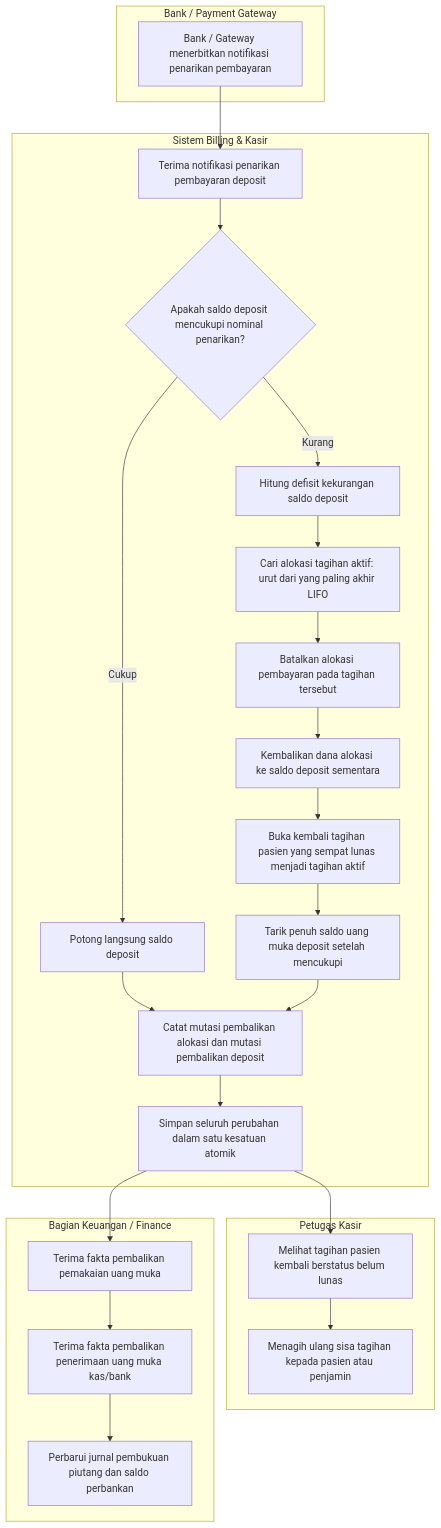
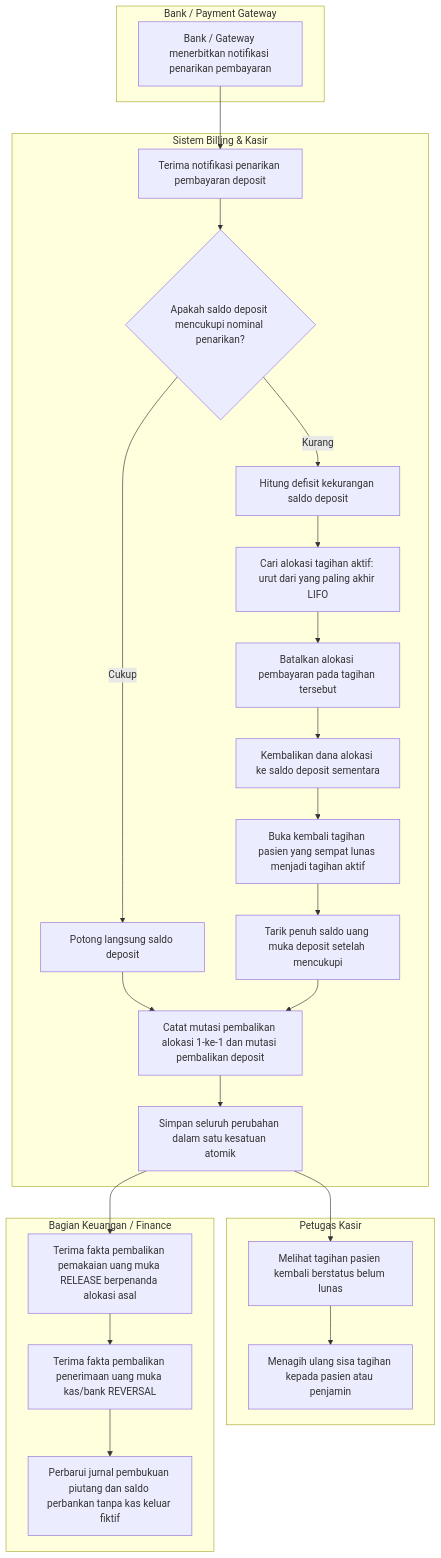
One commit to DevBenari/NewQuilvianSystemBackend changed the first of 2 diagrams in docs/module-blueprints/billing-kasir/flowcharts/pembalikan-tender-deposit.md. Above: the diagram before and after it, drawn with Mermaid. The commit also changed other lines of this file and 81 other files, not shown here.

````diff
--- a/docs/module-blueprints/billing-kasir/flowcharts/pembalikan-tender-deposit.md
+++ b/docs/module-blueprints/billing-kasir/flowcharts/pembalikan-tender-deposit.md
@@ -11,38 +11,38 @@
 ```mermaid
 flowchart TD
     subgraph Perbankan["Bank / Payment Gateway"]
         A1[Bank / Gateway menerbitkan notifikasi penarikan pembayaran]
     end
 
     subgraph Billing["Sistem Billing & Kasir"]
         B1[Terima notifikasi penarikan pembayaran deposit]
         B2{Apakah saldo deposit mencukupi nominal penarikan?}
         B3[Potong langsung saldo deposit]
         B4[Hitung defisit kekurangan saldo deposit]
         B5[Cari alokasi tagihan aktif: urut dari yang paling akhir LIFO]
         B6[Batalkan alokasi pembayaran pada tagihan tersebut]
         B7[Kembalikan dana alokasi ke saldo deposit sementara]
         B8[Buka kembali tagihan pasien yang sempat lunas menjadi tagihan aktif]
         B9[Tarik penuh saldo uang muka deposit setelah mencukupi]
-        B10[Catat mutasi pembalikan alokasi dan mutasi pembalikan deposit]
+        B10[Catat mutasi pembalikan alokasi 1-ke-1 dan mutasi pembalikan deposit]
         B11[Simpan seluruh perubahan dalam satu kesatuan atomik]
     end
 
     subgraph Kasir["Petugas Kasir"]
         C1[Melihat tagihan pasien kembali berstatus belum lunas]
         C2[Menagih ulang sisa tagihan kepada pasien atau penjamin]
     end
 
     subgraph Keuangan["Bagian Keuangan / Finance"]
-        D1[Terima fakta pembalikan pemakaian uang muka]
-        D2[Terima fakta pembalikan penerimaan uang muka kas/bank]
-        D3[Perbarui jurnal pembukuan piutang dan saldo perbankan]
+        D1[Terima fakta pembalikan pemakaian uang muka RELEASE berpenanda alokasi asal]
+        D2[Terima fakta pembalikan penerimaan uang muka kas/bank REVERSAL]
+        D3[Perbarui jurnal pembukuan piutang dan saldo perbankan tanpa kas keluar fiktif]
     end
 
     A1 --> B1 --> B2
     B2 -->|Cukup| B3 --> B10
     B2 -->|Kurang| B4 --> B5 --> B6 --> B7 --> B8 --> B9 --> B10
     B10 --> B11
     B11 --> C1 --> C2
     B11 --> D1 --> D2 --> D3
 ```
````
